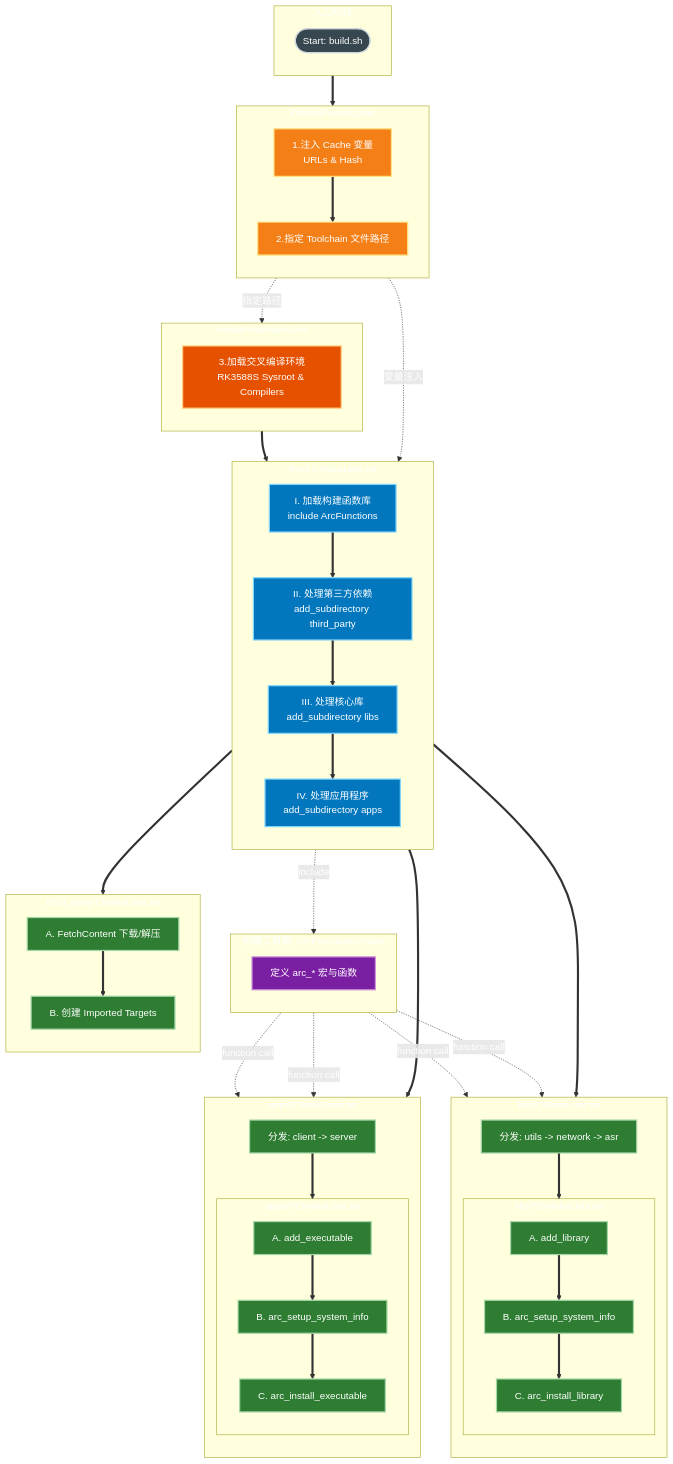
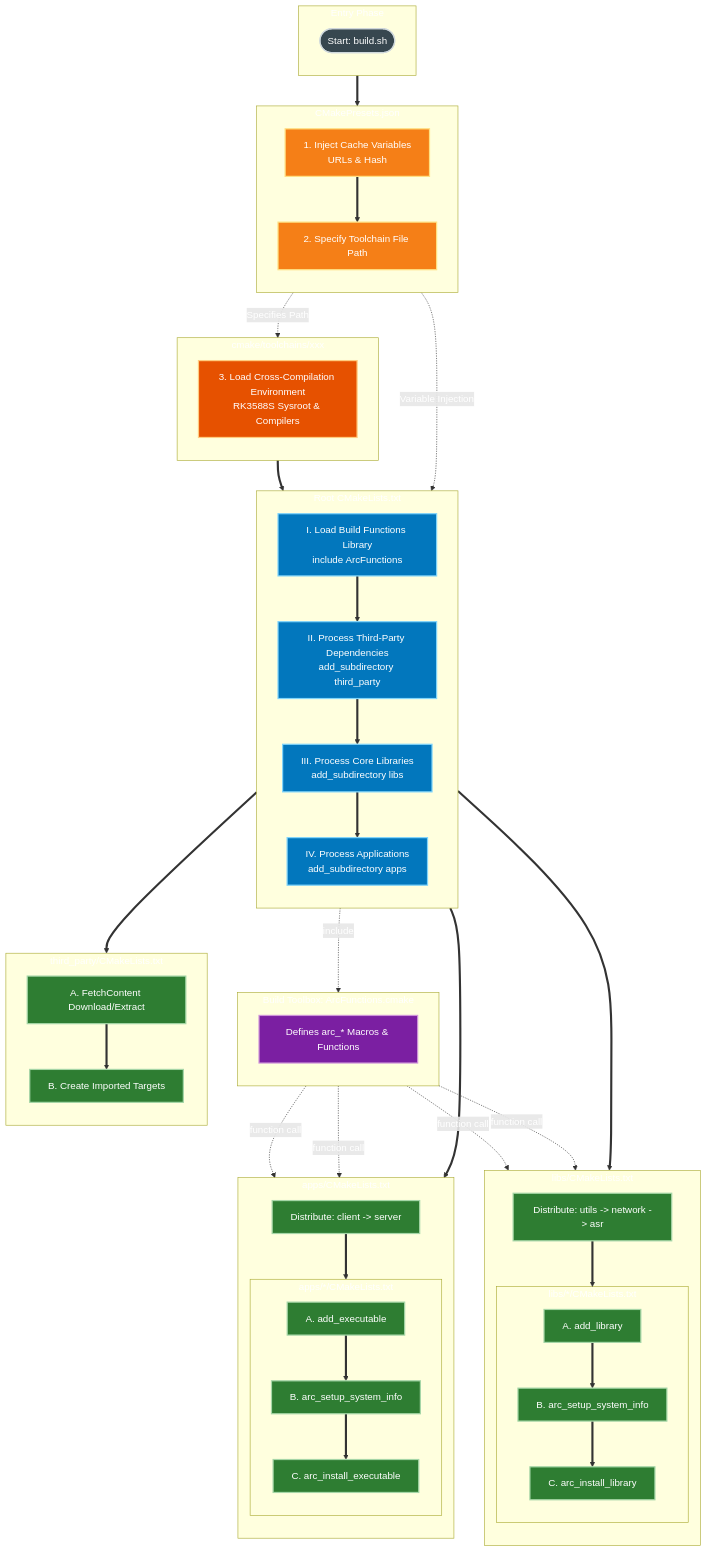
The second of 3 diagrams in docs/BUILD_SYSTEM.md (potterwhite/ArcForge), drawn with Mermaid before and after one commit. The commit also changed other lines of this file and 2 other files, not shown here.

Commit message:
seperate build_system zh-cn and en

````diff
--- a/docs/BUILD_SYSTEM.md
+++ b/docs/BUILD_SYSTEM.md
@@ -93,7 +89,7 @@
 ```mermaid
 graph TB
     %% ==========================================
-    %% 样式定义 (图1专用)
+    %% Styles Definition (Figure 1 Specific)
     %% ==========================================
     classDef entry fill:#37474f,stroke:#cfd8dc,stroke-width:2px,color:#fff;
     classDef config fill:#f57f17,stroke:#ffe082,stroke-width:2px,color:#fff;
@@ -102,65 +98,65 @@
     classDef dsl fill:#7b1fa2,stroke:#ce93d8,stroke-width:2px,color:#fff;
     classDef submodule fill:#2e7d32,stroke:#a5d6a7,stroke-width:2px,color:#fff;
 
-    %% 避免标题遮挡，调整子图内部边距
-    %% (Mermaid不直接支持padding，但通过节点排布可以缓解)
+    %% Avoid title overlap, adjust subgraph padding
+    %% (Mermaid doesn't directly support padding, but node arrangement can mitigate this)
 
     %% ==========================================
-    %% 1. 入口与配置阶段 (Setup Phase)
+    %% 1. Entry and Configuration Phase (Setup Phase)
     %% ==========================================
-    subgraph Phase_Entry [入口阶段]
+    subgraph Phase_Entry [Entry Phase]
         direction TB
         Entry_Script([Start: build.sh]):::entry
     end
 
     subgraph Phase_Config [CMakePresets.json]
         direction TB
-        %% 线性逻辑：先定变量，再定工具链
-        Preset_Vars[1.注入 Cache 变量<br/>URLs & Hash]:::config
-        Preset_Tool[2.指定 Toolchain 文件路径]:::config
+        %% Linear logic: Define variables first, then toolchain
+        Preset_Vars[1. Inject Cache Variables<br/>URLs & Hash]:::config
+        Preset_Tool[2. Specify Toolchain File Path]:::config
 
         Preset_Vars ==> Preset_Tool
     end
 
     subgraph Phase_Toolchain [cmake/toolchains/xxx]
         direction TB
-        %% 简化为一个块
-        TC_Env[3.加载交叉编译环境<br/>RK3588S Sysroot & Compilers]:::toolchain
+        %% Simplified into a single block
+        TC_Env[3. Load Cross-Compilation Environment<br/>RK3588S Sysroot & Compilers]:::toolchain
     end
 
     %% ==========================================
-    %% 2. 核心编排阶段 (Orchestration Phase)
+    %% 2. Core Orchestration Phase (Orchestration Phase)
     %% ==========================================
     subgraph Phase_Orchestrator [Root CMakeLists.txt]
         direction TB
 
-        %% 使用罗马数字标记乐章
-        Orch_I[I. 加载构建函数库<br/>include ArcFunctions]:::root
-        Orch_II[II. 处理第三方依赖<br/>add_subdirectory third_party]:::root
-        Orch_III[III. 处理核心库<br/>add_subdirectory libs]:::root
-        Orch_IV[IV. 处理应用程序<br/>add_subdirectory apps]:::root
+        %% Use Roman numerals for movements
+        Orch_I[I. Load Build Functions Library<br/>include ArcFunctions]:::root
+        Orch_II[II. Process Third-Party Dependencies<br/>add_subdirectory third_party]:::root
+        Orch_III[III. Process Core Libraries<br/>add_subdirectory libs]:::root
+        Orch_IV[IV. Process Applications<br/>add_subdirectory apps]:::root
 
         Orch_I ==> Orch_II ==> Orch_III ==> Orch_IV
     end
 
-    subgraph Phase_DSL [构建工具箱: ArcFunctions.cmake]
+    subgraph Phase_DSL [Build Toolbox: ArcFunctions.cmake]
         direction TB
-        DSL_Defs[定义 arc_* 宏与函数]:::dsl
+        DSL_Defs[Defines arc_* Macros & Functions]:::dsl
     end
 
     %% ==========================================
-    %% 3. 执行落地阶段 (Execution Phase)
+    %% 3. Execution Phase (Execution Phase)
     %% ==========================================
     subgraph Phase_Exec_3rd [third_party/CMakeLists.txt]
         direction TB
-        Exec_3A[A. FetchContent 下载/解压]:::submodule
-        Exec_3B[B. 创建 Imported Targets]:::submodule
+        Exec_3A[A. FetchContent Download/Extract]:::submodule
+        Exec_3B[B. Create Imported Targets]:::submodule
         Exec_3A ==> Exec_3B
     end
 
     subgraph Phase_Exec_Libs [libs/CMakeLists.txt]
         direction TB
-        Exec_Libs_Dist[分发: utils -> network -> asr]:::submodule
+        Exec_Libs_Dist[Distribute: utils -> network -> asr]:::submodule
 
         subgraph Inner_Lib_Build [libs/*/CMakeLists.txt]
             Lib_Step1[A. add_library]:::submodule
@@ -174,7 +170,7 @@
 
     subgraph Phase_Exec_Apps [apps/CMakeLists.txt]
         direction TB
-        Exec_Apps_Dist[分发: client -> server]:::submodule
+        Exec_Apps_Dist[Distribute: client -> server]:::submodule
 
         subgraph Inner_App_Build [apps/*/CMakeLists.txt]
             App_Step1[A. add_executable]:::submodule
@@ -187,29 +183,29 @@
     end
 
     %% ==========================================
-    %% 连线关系 (Wiring)
+    %% Wiring (Wiring)
     %% ==========================================
 
-    %% 1. 入口 -> 配置
+    %% 1. Entry -> Configuration
     Entry_Script ==> Preset_Vars
 
-    %% 2. 配置 -> 工具链加载
-    Preset_Tool -. 指定路径 .-> TC_Env
+    %% 2. Configuration -> Toolchain Loading
+    Preset_Tool -. Specifies Path .-> TC_Env
 
-    %% 3. 环境汇聚 -> 指挥中心 (Root)
-    %% 工具链环境 和 预设变量 都注入到 Root
+    %% 3. Environment Aggregation -> Orchestrator (Root)
+    %% Toolchain Environment and Preset Variables are injected into Root
     TC_Env ==> Orch_I
-    Preset_Vars -. 变量注入 .-> Orch_I
+    Preset_Vars -. Variable Injection .-> Orch_I
 
-    %% 4. 指挥中心调用 DSL
+    %% 4. Orchestrator Calls DSL
     Orch_I -. include .-> DSL_Defs
 
-    %% 5. 指挥中心分发任务 (主流程)
+    %% 5. Orchestrator Distributes Tasks (Main Flow)
     Orch_II ==> Exec_3A
     Orch_III ==> Exec_Libs_Dist
     Orch_IV ==> Exec_Apps_Dist
 
-    %% 6. DSL 回调 (函数被子模块调用)
+    %% 6. DSL Callbacks (Functions Called by Submodules)
     DSL_Defs -. function call .-> Lib_Step2
     DSL_Defs -. function call .-> Lib_Step3
     DSL_Defs -. function call .-> App_Step2
````
